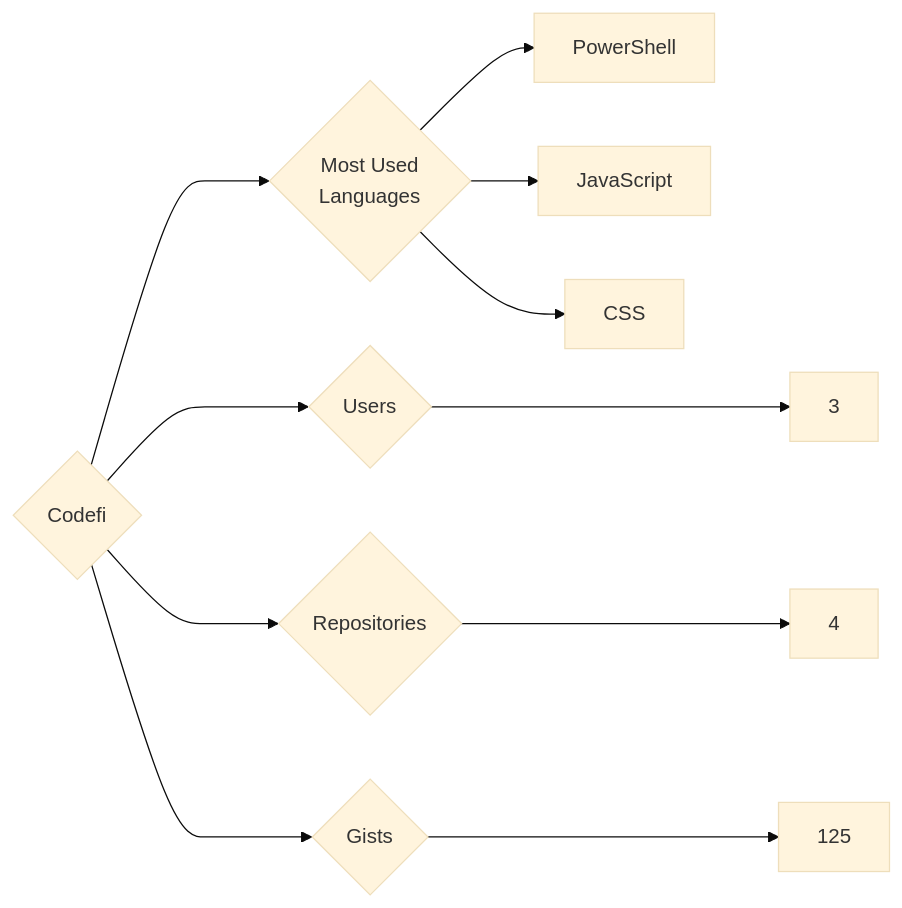
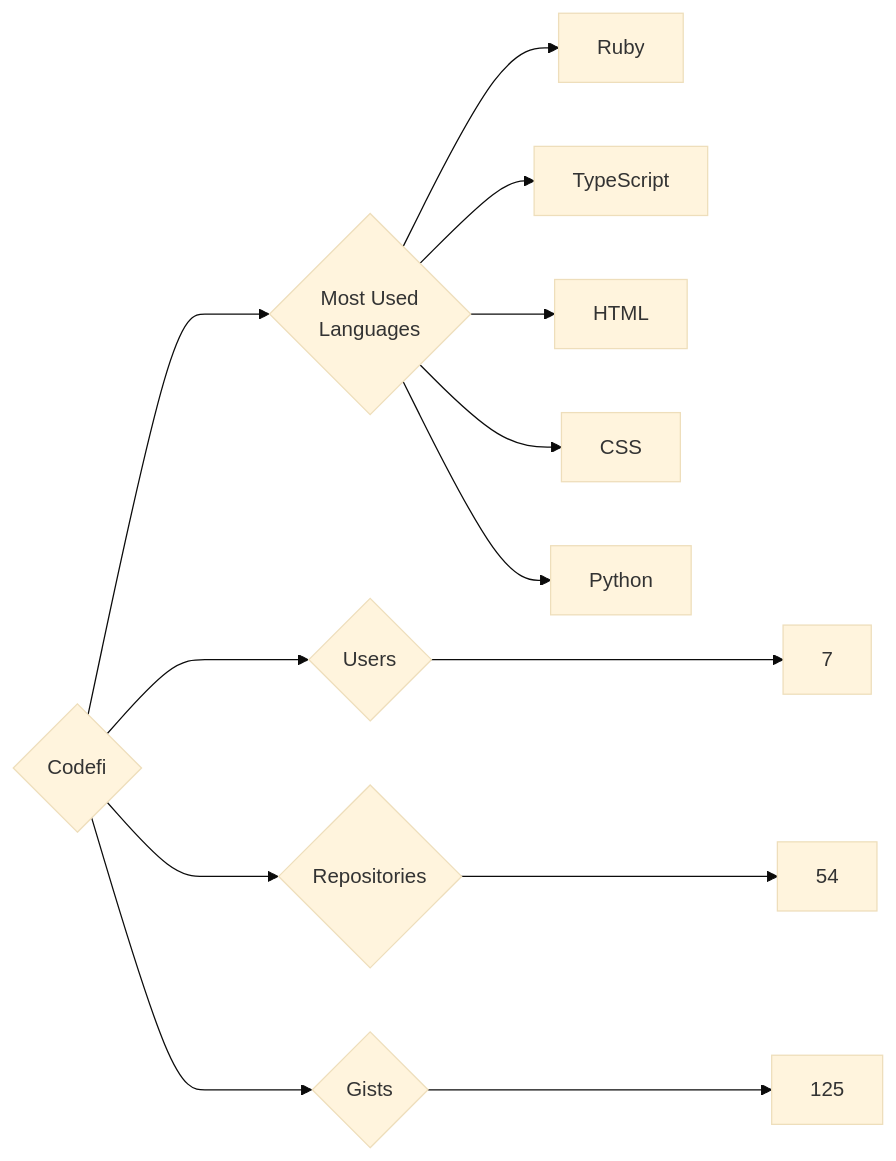
Before and after one commit to trickest/insiders: the diagram in targets/Codefi/README.md, drawn with Mermaid (base theme). The commit also changed 699 other files, not shown here.

````diff
--- a/targets/Codefi/README.md
+++ b/targets/Codefi/README.md
@@ -3,11 +3,13 @@
 ```mermaid
 graph LR
 COMPANY_NAME{Codefi}
-COMPANY_NAME ---> U{Users} ---> UN[3]
-COMPANY_NAME ---> R{Repositories} ---> RN[4]
+COMPANY_NAME ---> U{Users} ---> UN[7]
+COMPANY_NAME ---> R{Repositories} ---> RN[54]
 COMPANY_NAME ---> G{Gists} ---> GN[125]
 COMPANY_NAME ---> ML{Most Used<br>Languages}
-ML --> PowerShell[PowerShell]
-ML --> JavaScript[JavaScript]
+ML --> Ruby[Ruby]
+ML --> TypeScript[TypeScript]
+ML --> HTML[HTML]
 ML --> CSS[CSS]
+ML --> Python[Python]
 ```
````
